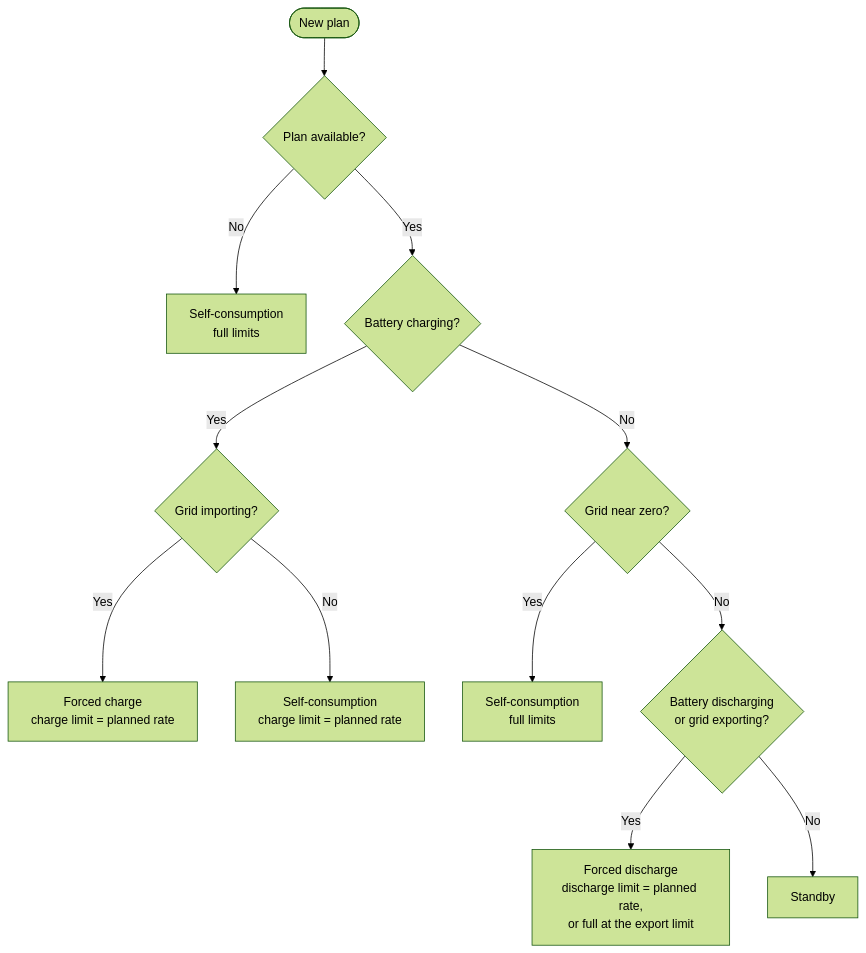
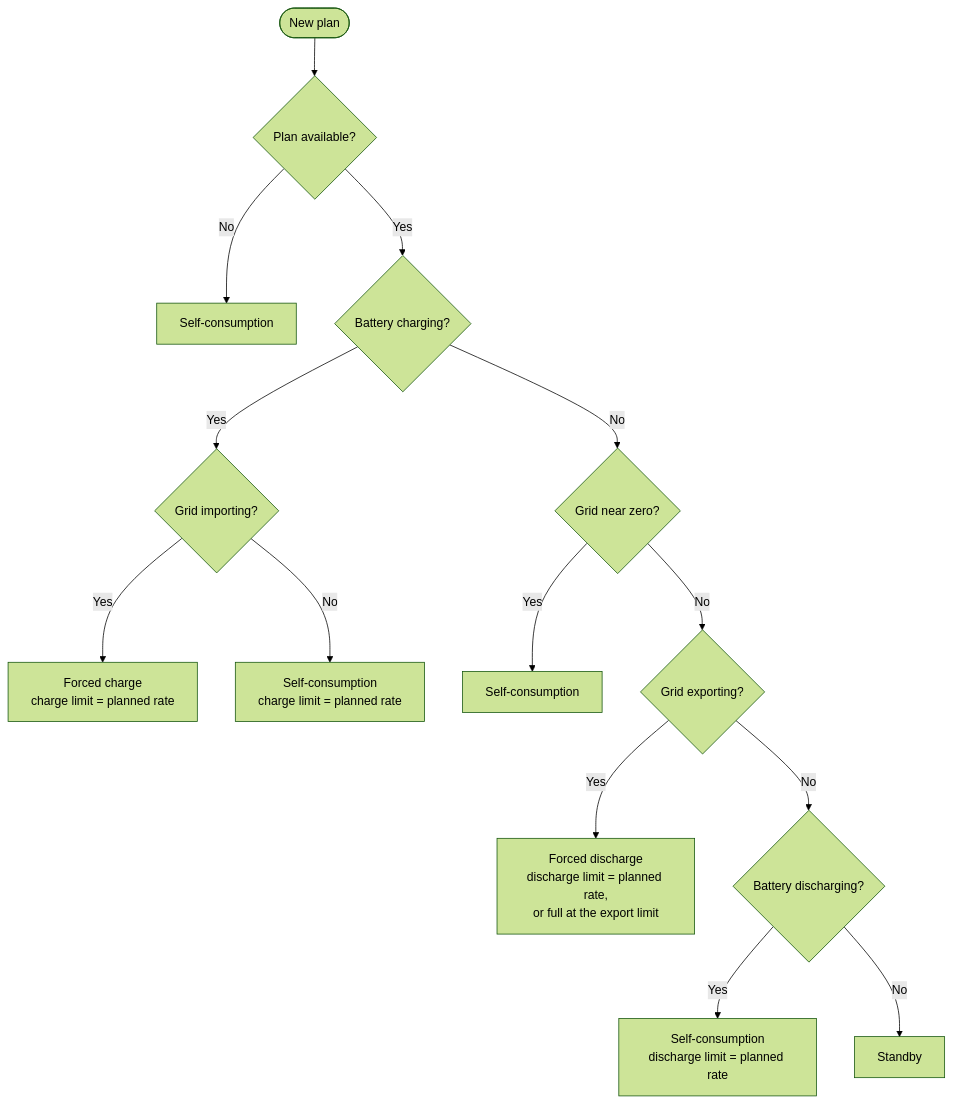
Before and after one commit to hass-energy/haeo: the diagram in docs/user-guide/automations.md, drawn with Mermaid (forest theme). The commit also changed other lines of this file and 1 other file, not shown here.

````diff
--- a/docs/user-guide/automations.md
+++ b/docs/user-guide/automations.md
@@ -65,14 +65,16 @@
 ```mermaid
 flowchart TD
     Start([New plan]) --> Avail{Plan available?}
-    Avail -- No --> SC1[Self-consumption<br/>full limits]
+    Avail -- No --> SC1[Self-consumption]
     Avail -- Yes --> Chg{Battery charging?}
     Chg -- Yes --> Imp{Grid importing?}
     Imp -- Yes --> FC[Forced charge<br/>charge limit = planned rate]
     Imp -- No --> SC2[Self-consumption<br/>charge limit = planned rate]
     Chg -- No --> Zero{Grid near zero?}
-    Zero -- Yes --> SC3[Self-consumption<br/>full limits]
-    Zero -- No --> DisExp{Battery discharging<br/>or grid exporting?}
-    DisExp -- Yes --> FD[Forced discharge<br/>discharge limit = planned rate,<br/>or full at the export limit]
-    DisExp -- No --> SB[Standby]
+    Zero -- Yes --> SC3[Self-consumption]
+    Zero -- No --> Exp{Grid exporting?}
+    Exp -- Yes --> FD[Forced discharge<br/>discharge limit = planned rate,<br/>or full at the export limit]
+    Exp -- No --> Dis{Battery discharging?}
+    Dis -- Yes --> SC4[Self-consumption<br/>discharge limit = planned rate]
+    Dis -- No --> SB[Standby]
 ```
````
